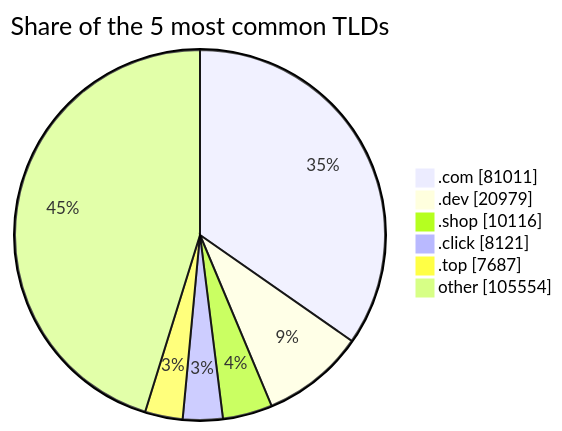
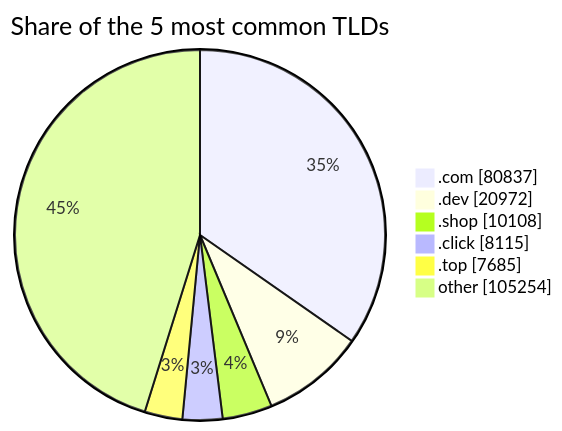
One commit to DNSBunker/CTI changed the third of 3 diagrams in README.md. Above: the diagram before and after it, drawn with Mermaid. The commit also changed other lines of this file and 3 other files, not shown here.

````diff
--- a/README.md
+++ b/README.md
@@ -81,9 +81,9 @@
 ```mermaid
 pie showData title Share of the 5 most common TLDs
-    ".com" : 81011
-    ".dev" : 20979
-    ".shop" : 10116
-    ".click" : 8121
-    ".top" : 7687
-    "other" : 105554
+    ".com" : 80837
+    ".dev" : 20972
+    ".shop" : 10108
+    ".click" : 8115
+    ".top" : 7685
+    "other" : 105254
 ```
````
